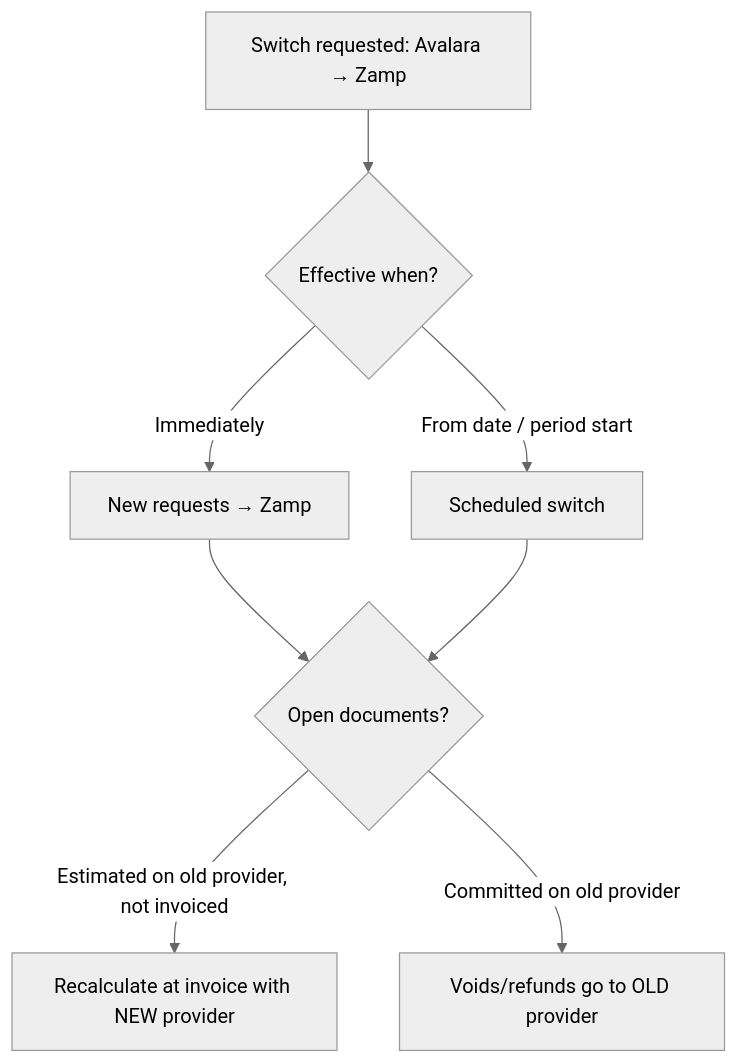
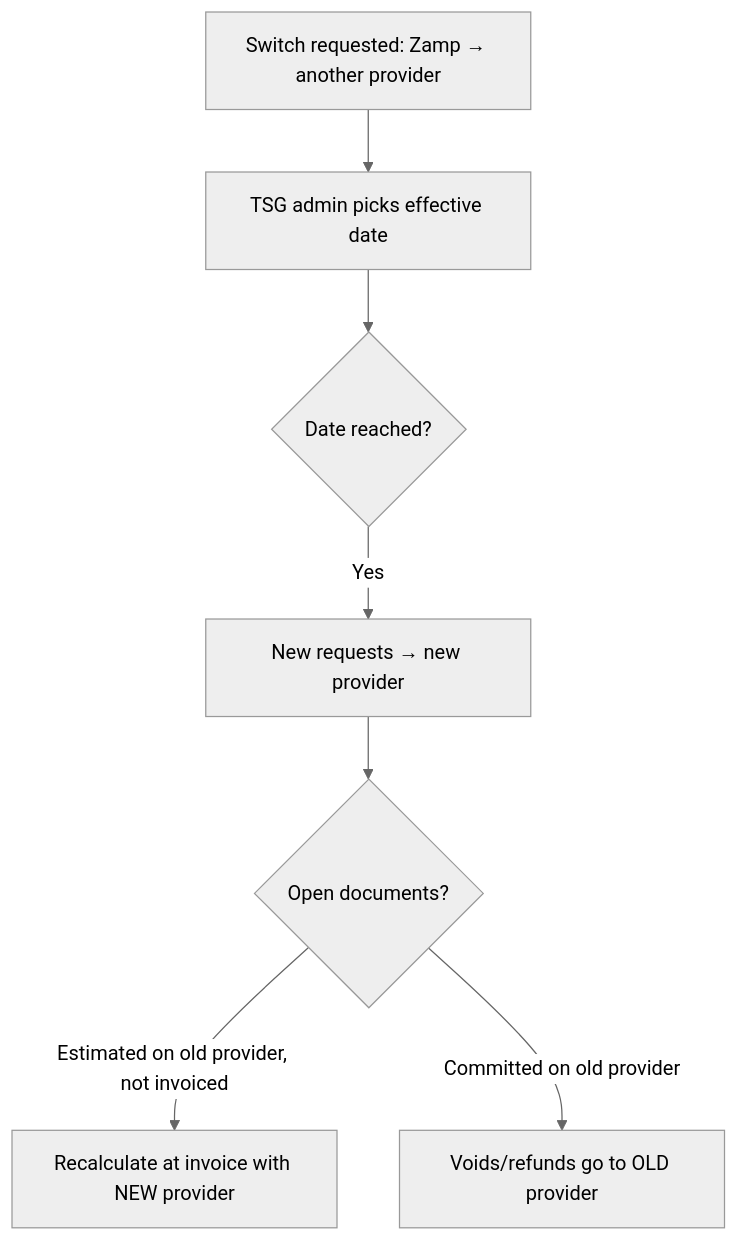
One commit to dsenthilraj2/TaxCalculator changed the third of 6 diagrams in spec/01-workflow.md. Above: the diagram before and after it, drawn with Mermaid (neutral theme). The commit also changed other lines of this file and 11 other files, not shown here.

````diff
--- a/spec/01-workflow.md
+++ b/spec/01-workflow.md
@@ -136,9 +171,9 @@
 ```mermaid
 flowchart TD
-  A[Switch requested: Avalara → Zamp] --> B{Effective when?}
-  B -->|Immediately| C[New requests → Zamp]
-  B -->|From date / period start| D[Scheduled switch]
-  C & D --> E{Open documents?}
+  A[Switch requested: Zamp → another provider] --> B[TSG admin picks effective date]
+  B --> C{Date reached?}
+  C -->|Yes| D[New requests → new provider]
+  D --> E{Open documents?}
   E -->|Estimated on old provider, not invoiced| F[Recalculate at invoice with NEW provider]
   E -->|Committed on old provider| G[Voids/refunds go to OLD provider]
 ```
````
